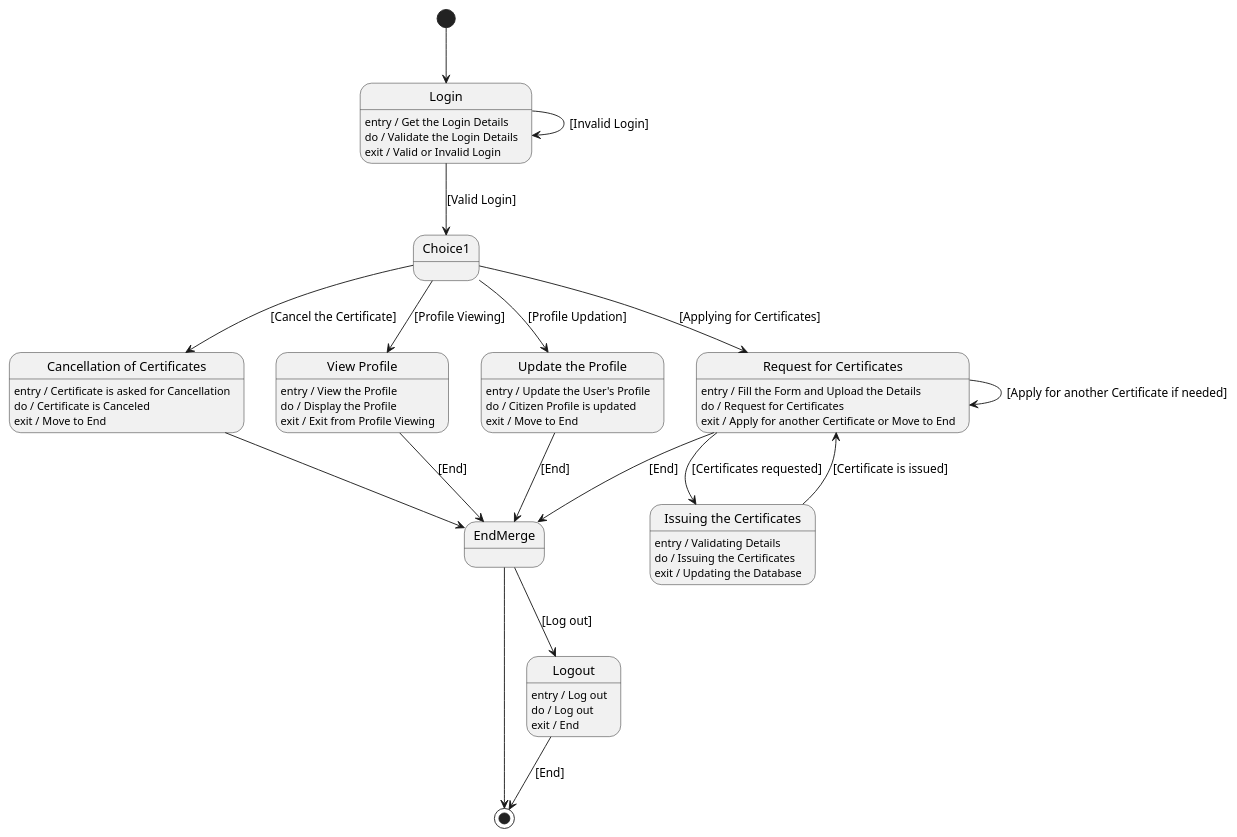
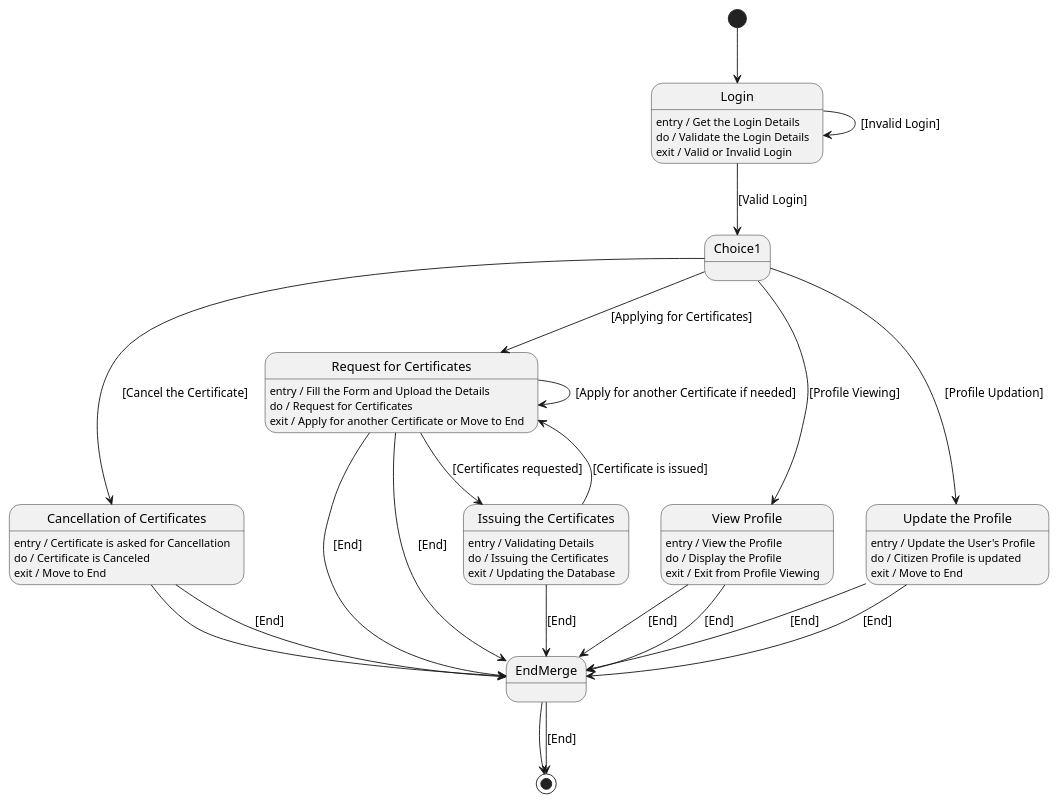
Before and after one commit to maimunafaria/State_transition_Diagram_generated_by_LLM: the diagram in results/plantuml_pipeline/runs/open_source__llama31_8b_instruct__rag_validation_generator_critic_repair/case_32_e_visa_processing_and_follow_up_system/run_01.repair_01.puml, drawn with PlantUML. The commit also changed 7 other files, not shown here.

```diff
--- a/results/plantuml_pipeline/runs/open_source__llama31_8b_instruct__rag_validation_generator_critic_repair/case_32_e_visa_processing_and_follow_up_system/run_01.repair_01.puml
+++ b/results/plantuml_pipeline/runs/open_source__llama31_8b_instruct__rag_validation_generator_critic_repair/case_32_e_visa_processing_and_follow_up_system/run_01.repair_01.puml
@@ -1,66 +1,74 @@
 @startuml
 [*] --> Login
 
 state Login
 Login : entry / Get the Login Details
 Login : do / Validate the Login Details
 Login : exit / Valid or Invalid Login
 
 Login --> Login : [Invalid Login]
 Login --> Choice1 : [Valid Login]
 
 state Choice1 <<choice>>
 Choice1 --> CancelCert : [Cancel the Certificate]
 Choice1 --> RequestCert : [Applying for Certificates]
 Choice1 --> ViewProfile : [Profile Viewing]
 Choice1 --> UpdateProfile : [Profile Updation]
 
 state "Cancellation of Certificates" as CancelCert
 CancelCert : entry / Certificate is asked for Cancellation
 CancelCert : do / Certificate is Canceled
 CancelCert : exit / Move to End
 
 CancelCert --> EndMerge
 
 state "Request for Certificates" as RequestCert
 RequestCert : entry / Fill the Form and Upload the Details
 RequestCert : do / Request for Certificates
 RequestCert : exit / Apply for another Certificate or Move to End
 
 RequestCert --> RequestCert : [Apply for another Certificate if needed]
 RequestCert --> IssueCert : [Certificates requested]
 
 state "Issuing the Certificates" as IssueCert
 IssueCert : entry / Validating Details
 IssueCert : do / Issuing the Certificates
 IssueCert : exit / Updating the Database
 
 IssueCert --> RequestCert : [Certificate is issued]
 RequestCert --> EndMerge : [End]
 
 state "View Profile" as ViewProfile
 ViewProfile : entry / View the Profile
 ViewProfile : do / Display the Profile
 ViewProfile : exit / Exit from Profile Viewing
 
 ViewProfile --> EndMerge : [End]
 
 state "Update the Profile" as UpdateProfile
 UpdateProfile : entry / Update the User's Profile
 UpdateProfile : do / Citizen Profile is updated
 UpdateProfile : exit / Move to End
 
 UpdateProfile --> EndMerge : [End]
 
 state EndMerge <<choice>>
 EndMerge --> [*]
-EndMerge --> Logout : [Log out]
+EndMerge --> [*] : [End]
 
-state Logout
-Logout : entry / Log out
-Logout : do / Log out
-Logout : exit / End
+state "Issuing the Certificates" as IssueCert
+IssueCert --> EndMerge : [End]
 
-Logout --> [*] : [End]
+state "Request for Certificates" as RequestCert
+RequestCert --> EndMerge : [End]
+
+state "Cancellation of Certificates" as CancelCert
+CancelCert --> EndMerge : [End]
+
+state "View Profile" as ViewProfile
+ViewProfile --> EndMerge : [End]
+
+state "Update the Profile" as UpdateProfile
+UpdateProfile --> EndMerge : [End]
 
 @enduml
```
